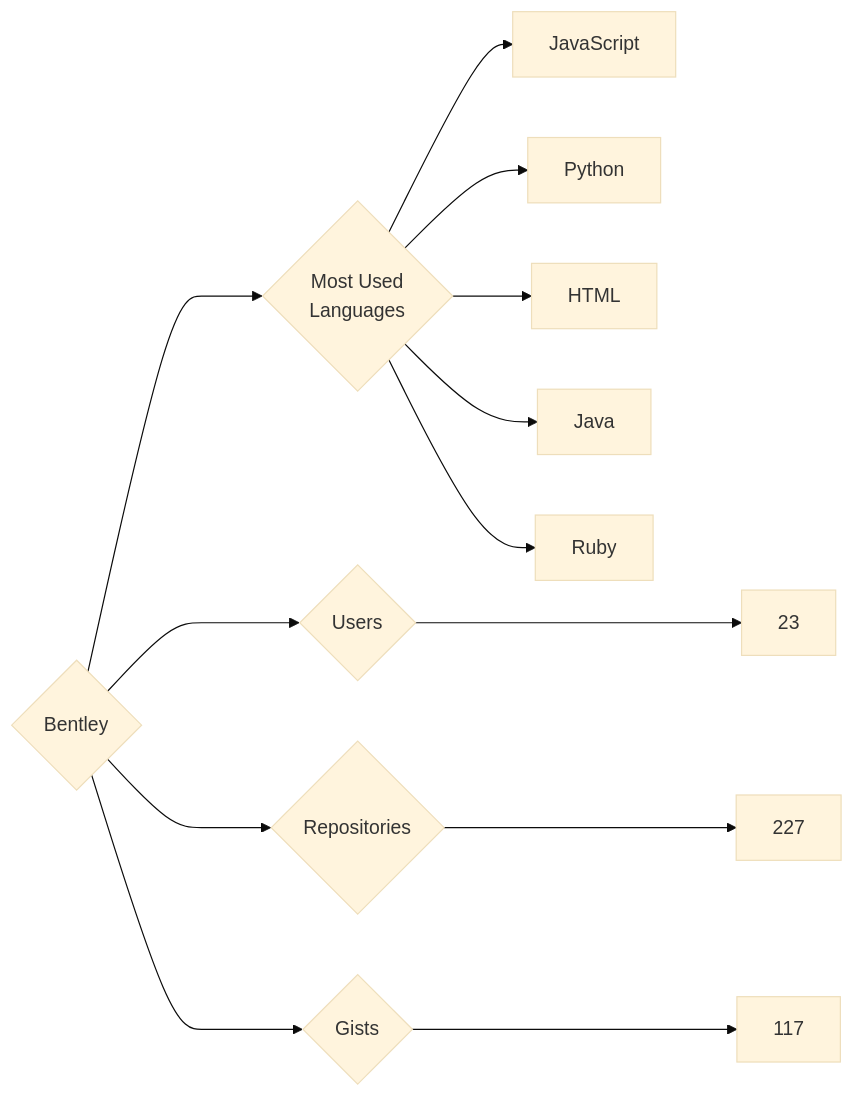
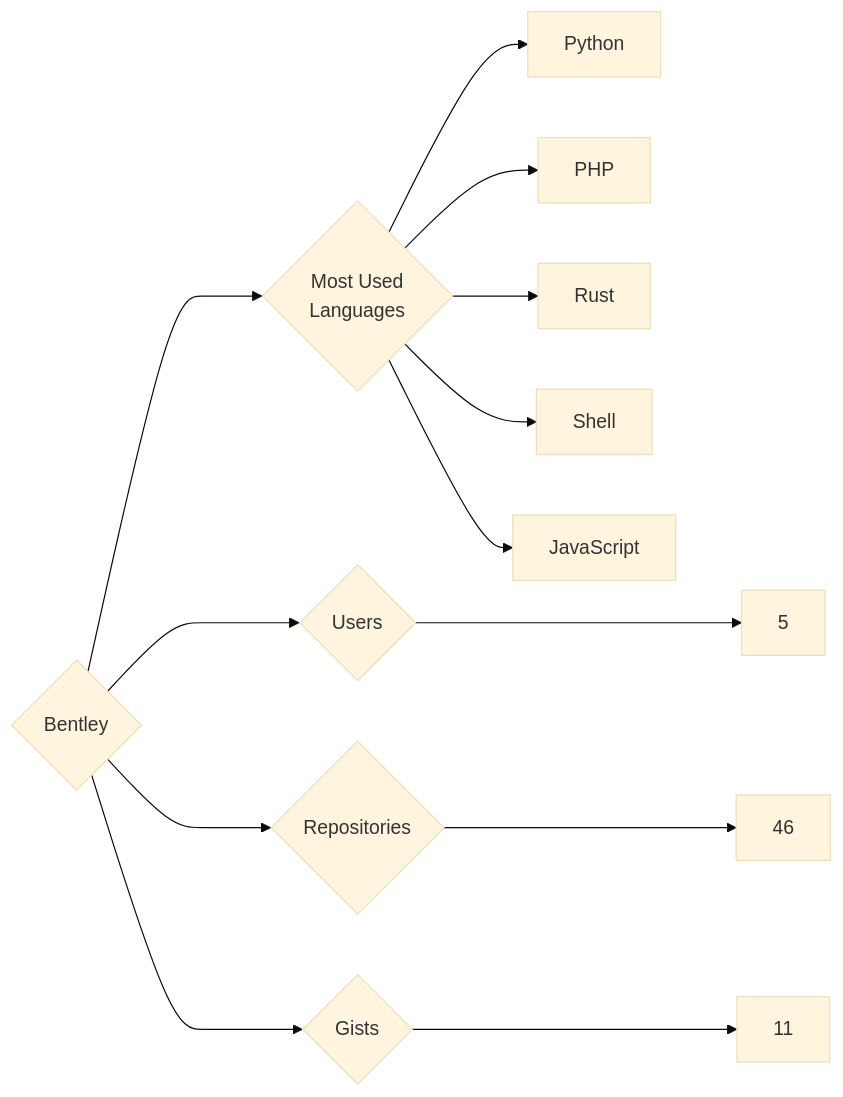
One commit to trickest/insiders changed the diagram in targets/Bentley/README.md. Above: the diagram before and after it, drawn with Mermaid (base theme). The commit also changed 924 other files, not shown here.

````diff
--- a/targets/Bentley/README.md
+++ b/targets/Bentley/README.md
@@ -3,13 +3,13 @@
 ```mermaid
 graph LR
 COMPANY_NAME{Bentley}
-COMPANY_NAME ---> U{Users} ---> UN[23]
-COMPANY_NAME ---> R{Repositories} ---> RN[227]
-COMPANY_NAME ---> G{Gists} ---> GN[117]
+COMPANY_NAME ---> U{Users} ---> UN[5]
+COMPANY_NAME ---> R{Repositories} ---> RN[46]
+COMPANY_NAME ---> G{Gists} ---> GN[11]
 COMPANY_NAME ---> ML{Most Used<br>Languages}
+ML --> Python[Python]
+ML --> PHP[PHP]
+ML --> Rust[Rust]
+ML --> Shell[Shell]
 ML --> JavaScript[JavaScript]
-ML --> Python[Python]
-ML --> HTML[HTML]
-ML --> Java[Java]
-ML --> Ruby[Ruby]
 ```
````
